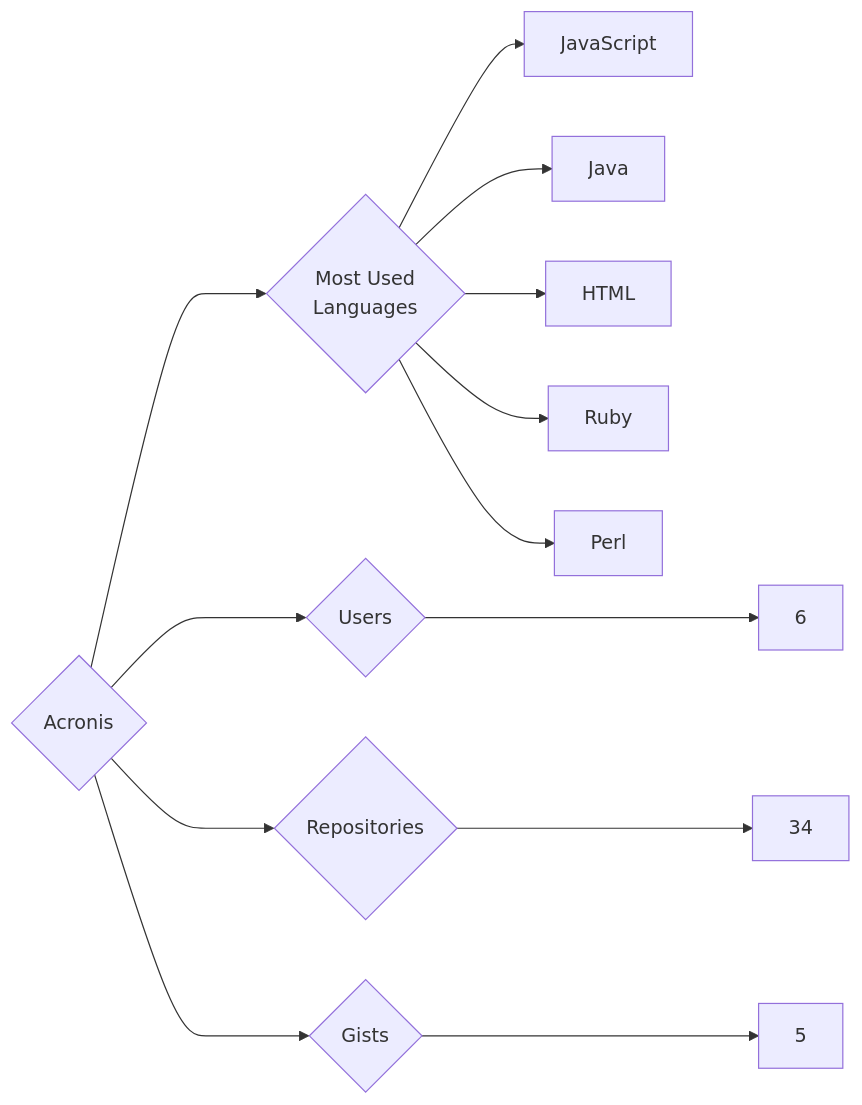
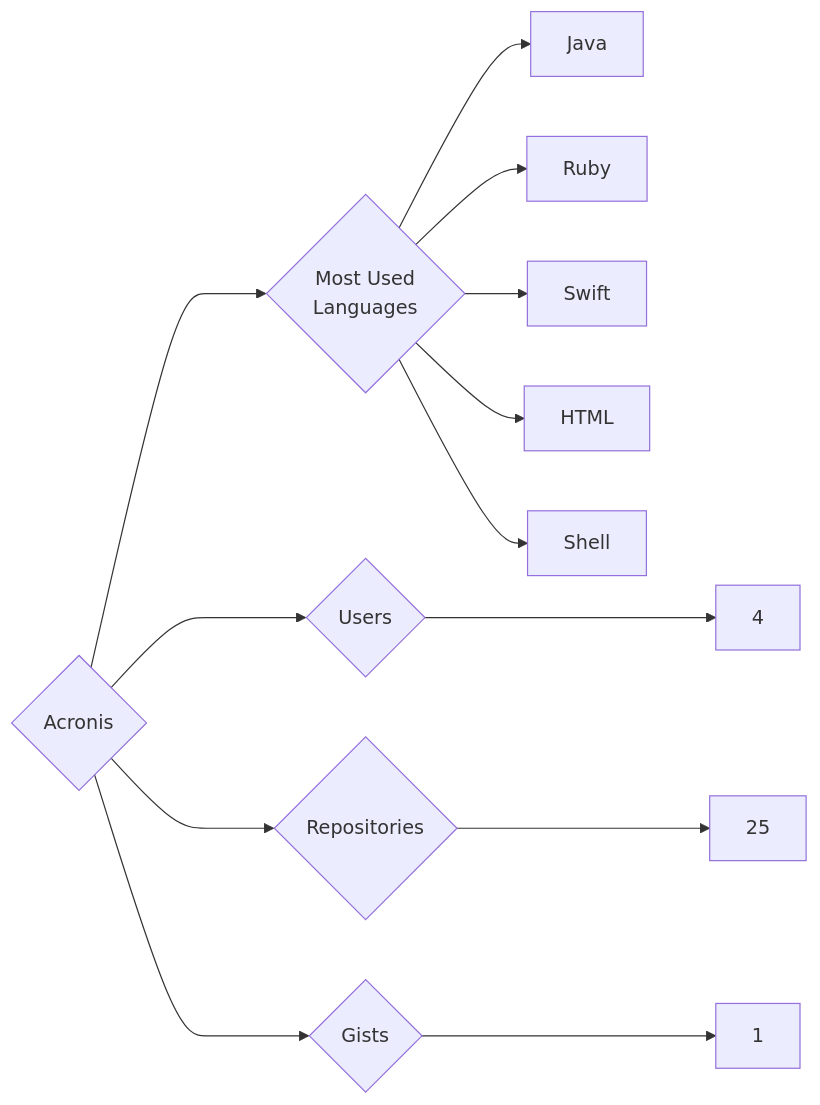
One commit to trickest/insiders changed the diagram in targets/Acronis/README.md. Above: the diagram before and after it, drawn with Mermaid. The commit also changed 1148 other files, not shown here.

````diff
--- a/targets/Acronis/README.md
+++ b/targets/Acronis/README.md
@@ -3,13 +3,13 @@
 ```mermaid
 graph LR
 COMPANY_NAME{Acronis}
-COMPANY_NAME ---> U{Users} ---> UN[6]
-COMPANY_NAME ---> R{Repositories} ---> RN[34]
-COMPANY_NAME ---> G{Gists} ---> GN[5]
+COMPANY_NAME ---> U{Users} ---> UN[4]
+COMPANY_NAME ---> R{Repositories} ---> RN[25]
+COMPANY_NAME ---> G{Gists} ---> GN[1]
 COMPANY_NAME ---> ML{Most Used<br>Languages}
-ML --> JavaScript[JavaScript]
 ML --> Java[Java]
+ML --> Ruby[Ruby]
+ML --> Swift[Swift]
 ML --> HTML[HTML]
-ML --> Ruby[Ruby]
-ML --> Perl[Perl]
+ML --> Shell[Shell]
 ```
````
